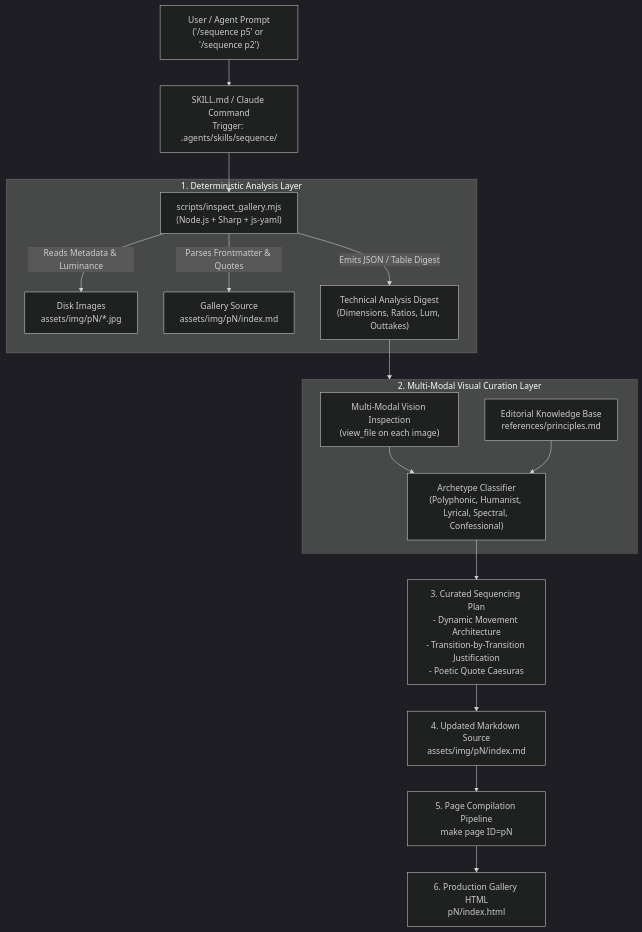
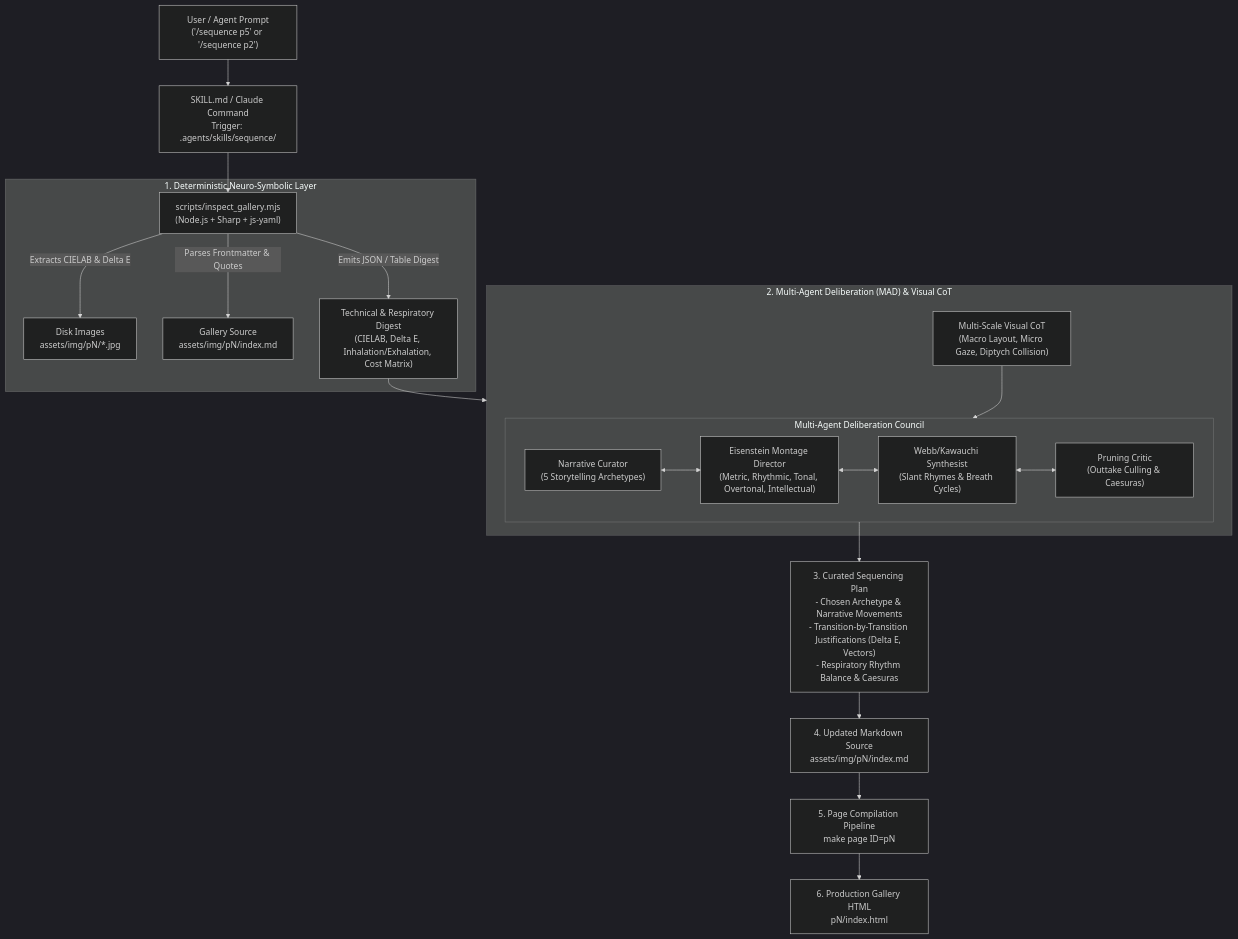
The first of 3 diagrams in docs/sequence-skill-architecture.md (ryusoh/ryusoh.github.io), drawn with Mermaid (dark theme) before and after one commit. The commit also changed other lines of this file, not shown here.

Commit message:
feat(sequence): enhance `/sequence` skill with neuro-symbolic workflow and respiratory metrics

````diff
--- a/docs/sequence-skill-architecture.md
+++ b/docs/sequence-skill-architecture.md
@@ -32,32 +34,40 @@
 ```mermaid
 graph TD
     User["User / Agent Prompt<br>('/sequence p5' or '/sequence p2')"] --> Trigger["SKILL.md / Claude Command<br>Trigger: .agents/skills/sequence/"]
 
-    subgraph ToolingLayer ["1. Deterministic Analysis Layer"]
+    subgraph ToolingLayer ["1. Deterministic Neuro-Symbolic Layer"]
         InspectScript["scripts/inspect_gallery.mjs<br>(Node.js + Sharp + js-yaml)"]
         FSImages["Disk Images<br>assets/img/pN/*.jpg"]
         FSMd["Gallery Source<br>assets/img/pN/index.md"]
 
-        InspectScript -->|Reads Metadata & Luminance| FSImages
+        InspectScript -->|Extracts CIELAB & Delta E| FSImages
         InspectScript -->|Parses Frontmatter & Quotes| FSMd
-        InspectScript -->|Emits JSON / Table Digest| AnalysisDigest["Technical Analysis Digest<br>(Dimensions, Ratios, Lum, Outtakes)"]
+        InspectScript -->|Emits JSON / Table Digest| AnalysisDigest["Technical & Respiratory Digest<br>(CIELAB, Delta E, Inhalation/Exhalation, Cost Matrix)"]
     end
 
     Trigger --> InspectScript
     AnalysisDigest --> MultimodalLayer
 
-    subgraph MultimodalLayer ["2. Multi-Modal Visual Curation Layer"]
-        Vision["Multi-Modal Vision Inspection<br>(view_file on each image)"]
-        Principles["Editorial Knowledge Base<br>references/principles.md"]
-        ArchetypeSelector["Archetype Classifier<br>(Polyphonic, Humanist, Lyrical, Spectral, Confessional)"]
+    subgraph MultimodalLayer ["2. Multi-Agent Deliberation (MAD) & Visual CoT"]
+        VisionCoT["Multi-Scale Visual CoT<br>(Macro Layout, Micro Gaze, Diptych Collision)"]
 
-        Vision --> ArchetypeSelector
-        Principles --> ArchetypeSelector
+        subgraph EditorialCouncil ["Multi-Agent Deliberation Council"]
+            Curator["Narrative Curator<br>(5 Storytelling Archetypes)"]
+            Montage["Eisenstein Montage Director<br>(Metric, Rhythmic, Tonal, Overtonal, Intellectual)"]
+            Slant["Webb/Kawauchi Synthesist<br>(Slant Rhymes & Breath Cycles)"]
+            Critic["Pruning Critic<br>(Outtake Culling & Caesuras)"]
+
+            Curator <--> Montage
+            Montage <--> Slant
+            Slant <--> Critic
+        end
+
+        VisionCoT --> EditorialCouncil
     end
 
-    ArchetypeSelector --> CuratedPlan["3. Curated Sequencing Plan<br>- Dynamic Movement Architecture<br>- Transition-by-Transition Justification<br>- Poetic Quote Caesuras"]
+    EditorialCouncil --> CuratedPlan["3. Curated Sequencing Plan<br>- Chosen Archetype & Narrative Movements<br>- Transition-by-Transition Justifications (Delta E, Vectors)<br>- Respiratory Rhythm Balance & Caesuras"]
 
     CuratedPlan --> OutputMd["4. Updated Markdown Source<br>assets/img/pN/index.md"]
     OutputMd --> PageBuilder["5. Page Compilation Pipeline<br>make page ID=pN"]
     PageBuilder --> StaticHTML["6. Production Gallery HTML<br>pN/index.html"]
 ```
````
